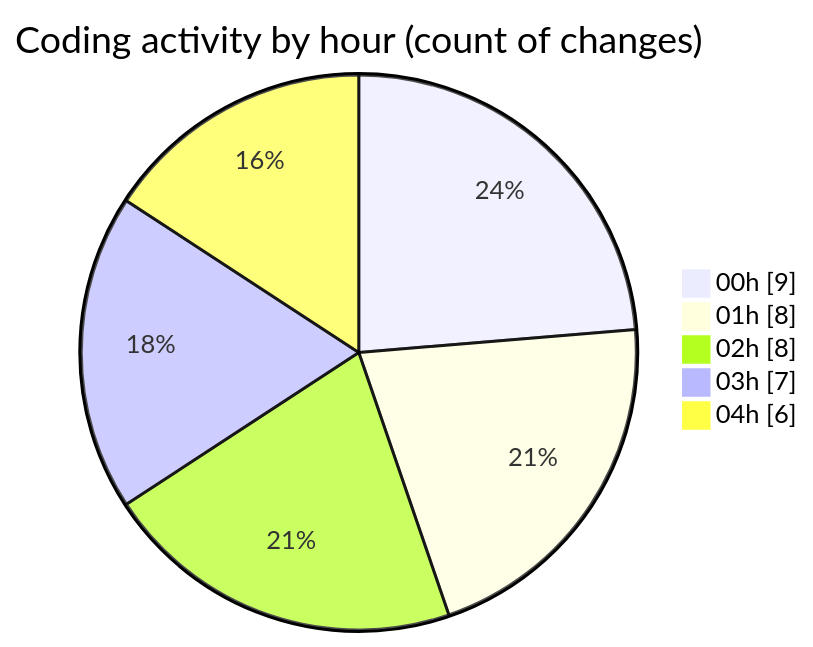
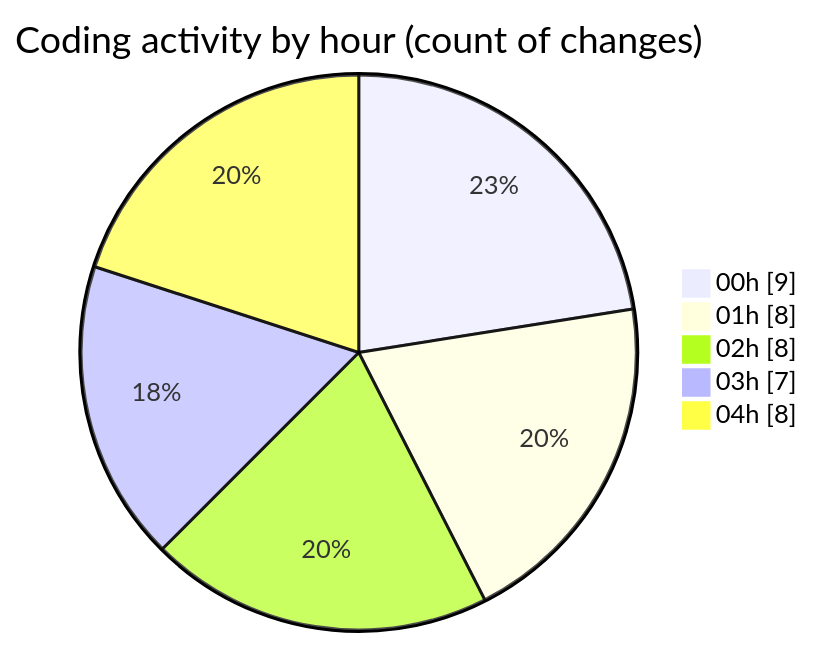
One commit to jrari/code-tracking changed the second of 2 diagrams in 2025-07-14/telebot/README.md. Above: the diagram before and after it, drawn with Mermaid. The commit also changed other lines of this file and 1 other file, not shown here.

````diff
--- a/2025-07-14/telebot/README.md
+++ b/2025-07-14/telebot/README.md
@@ -47,9 +47,9 @@
 ```mermaid
 pie showData
 title Coding activity by hour (count of changes)
 "00h" : 9
 "01h" : 8
 "02h" : 8
 "03h" : 7
-"04h" : 6
+"04h" : 8
 ```
````
